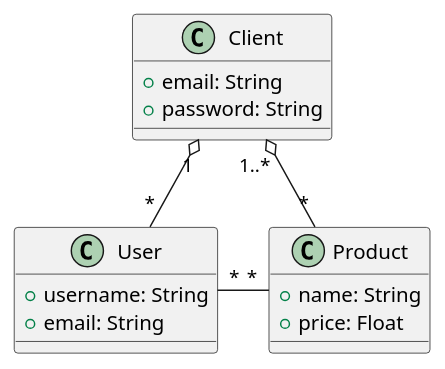
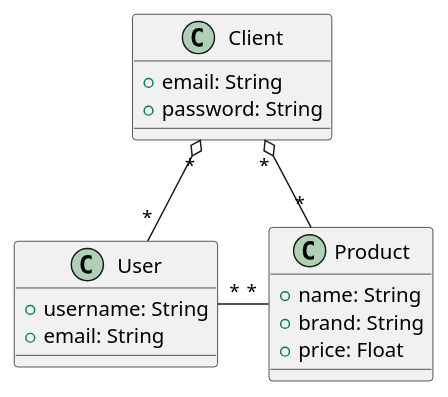
One commit to leomoille/BilmoAPI changed the diagram in diagrams/plantuml/classes.puml. Above: the diagram before and after it, drawn with PlantUML. The commit also changed 10 other files, not shown here.

Commit message:
:memo: Update diagrams!

```diff
--- a/diagrams/plantuml/classes.puml
+++ b/diagrams/plantuml/classes.puml
@@ -1,22 +1,23 @@
 @startuml
 'https://plantuml.com/class-diagram
 
 class User {
     + username: String
     + email: String
 }
 class Client {
     + email: String
     + password: String
 }
 class Product {
     + name: String
+    + brand: String
     + price: Float
 }
 
-Client "1" o- "*" User
-Client "1..*" o-- "*" Product
+Client "*" o- "*" User
+Client "*" o-- "*" Product
 User "*" - "*" Product
 
 
 @enduml
```
